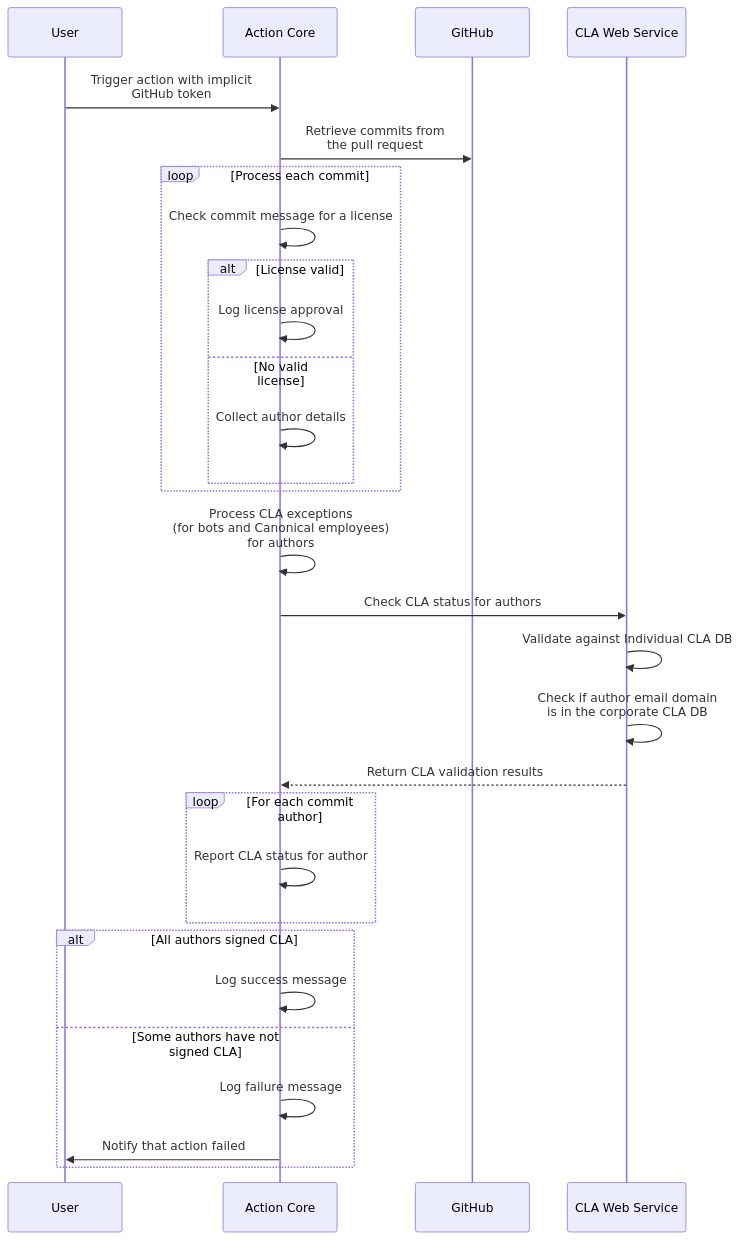
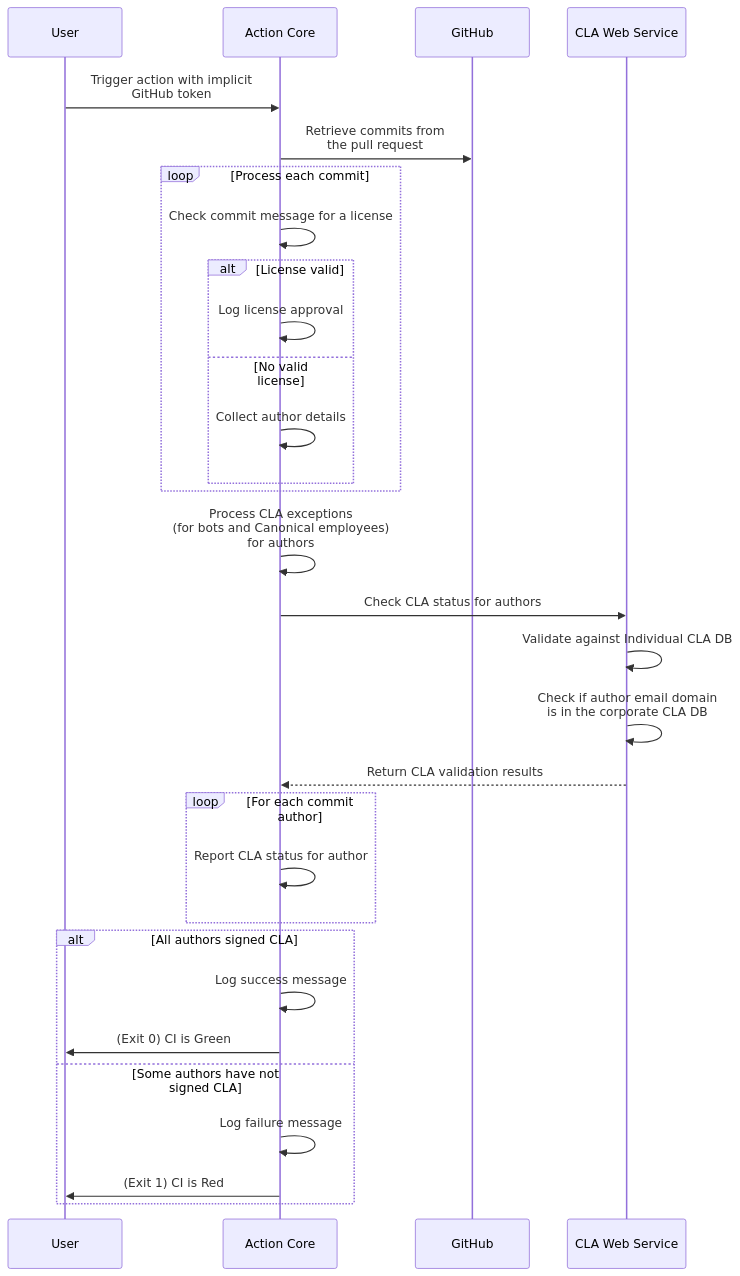
Before and after one commit to canonical/has-signed-canonical-cla: the diagram in ARCHITECTURE.md, drawn with Mermaid.

Commit message:
Update with CI exit status

````diff
--- a/ARCHITECTURE.md
+++ b/ARCHITECTURE.md
@@ -3,38 +3,39 @@
 ```mermaid
 sequenceDiagram
     participant User as User
     participant Core as Action Core
     participant GitHub as GitHub
     participant CLAService as CLA Web Service
 
     User->>Core: Trigger action with implicit<br> GitHub token
     Core->>GitHub: Retrieve commits from<br> the pull request
 
     loop Process each commit
         Core->>Core: Check commit message for a license
         alt License valid
             Core->>Core: Log license approval
         else No valid license
             Core->>Core: Collect author details
         end
     end
 
     Core->>Core: Process CLA exceptions<br> (for bots and Canonical employees)<br> for authors
 
     Core->>CLAService: Check CLA status for authors
     CLAService->>CLAService: Validate against Individual CLA DB
     CLAService->>CLAService: Check if author email domain<br> is in the corporate CLA DB
     CLAService-->>Core: Return CLA validation results
 
     loop For each commit author
         Core->>Core: Report CLA status for author
     end
     
     alt All authors signed CLA
         Core->>Core: Log success message
+        Core->>User: (Exit 0) CI is Green
     else Some authors have not signed CLA
         Core->>Core: Log failure message
-        Core->>User: Notify that action failed
+        Core->>User: (Exit 1) CI is Red
     end
 
 ```
````
